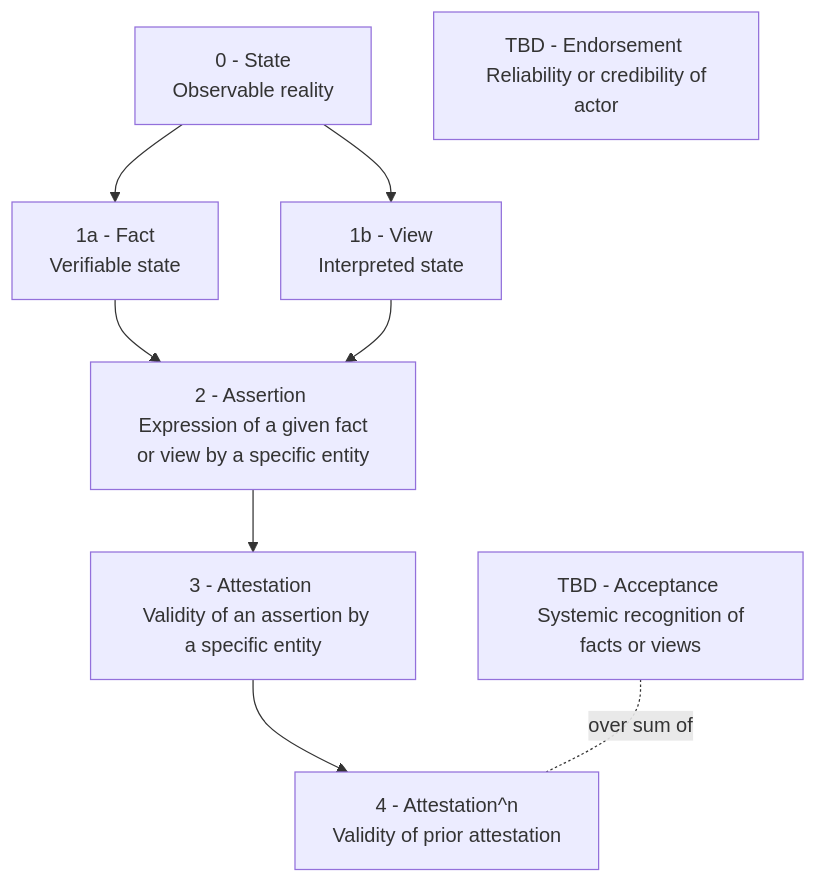
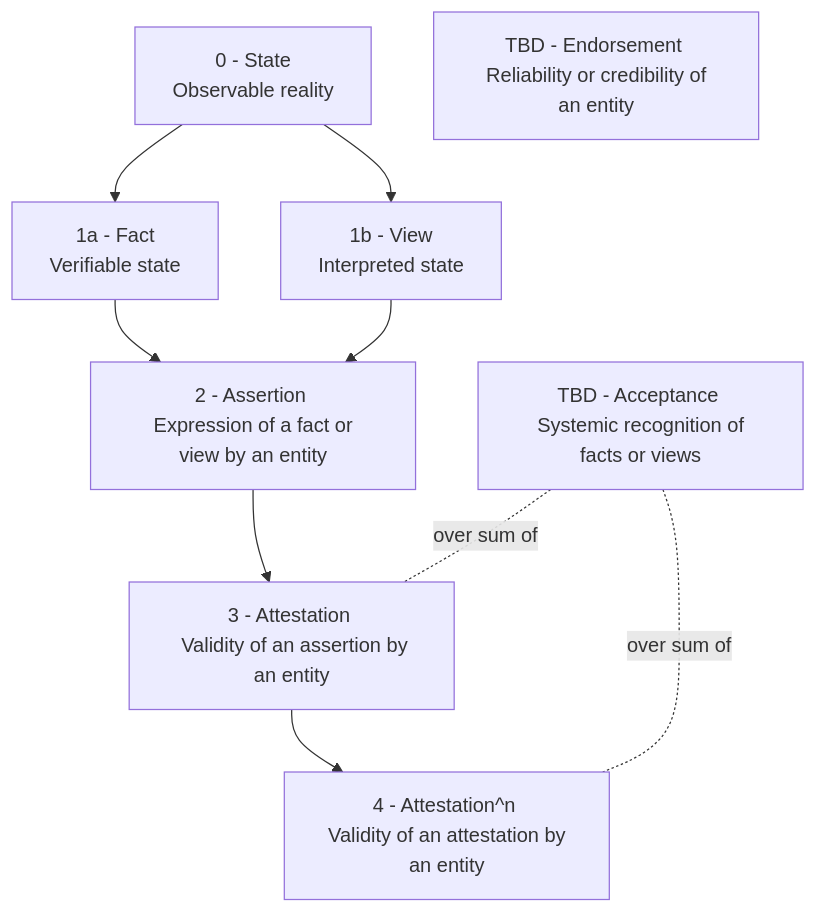
Before and after one commit to trbouma/safebox: the diagram in docs/ACCEPTANCE-MODEL.md, drawn with Mermaid. The commit also changed other lines of this file, not shown here.

Commit message:
Clarify terms and extend Acceptance scope in diagram

````diff
--- a/docs/ACCEPTANCE-MODEL.md
+++ b/docs/ACCEPTANCE-MODEL.md
@@ -100,20 +100,21 @@
 ```mermaid
 flowchart TD
     L0[0 - State <br> Observable reality]
     L1a[1a - Fact <br> Verifiable state]
     L1b[1b - View <br> Interpreted state]
-    L2[2 - Assertion <br> Expression of a given fact or view by a specific entity]
-    L3[3 - Attestation <br>  Validity of an assertion by a specific entity]
-    L4[4 - Attestation^n <br> Validity of prior attestation]
-    E[TBD - Endorsement <br> Reliability or credibility of actor]
+    L2[2 - Assertion <br> Expression of a fact or view by an entity]
+    L3[3 - Attestation <br>  Validity of an assertion by an entity]
+    L4[4 - Attestation^n <br> Validity of an attestation by an entity]
+    E[TBD - Endorsement <br> Reliability or credibility of an entity]
     A[TBD - Acceptance <br> Systemic recognition of facts or views]
 
     L0 --> L1a
     L0 --> L1b
     L1a --> L2
     L1b --> L2
     L2 --> L3
     L3 --> L4
 
     A -. over sum of .- L4
+    A -. over sum of .-L3
 ```
````
